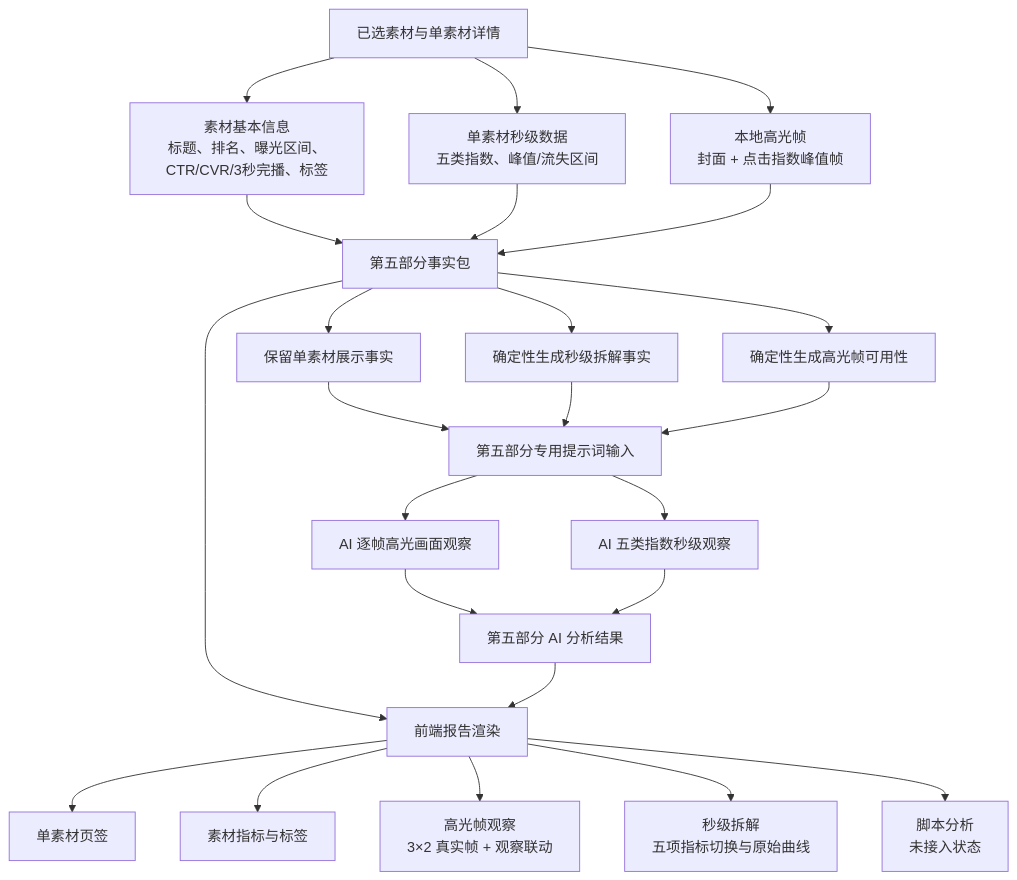
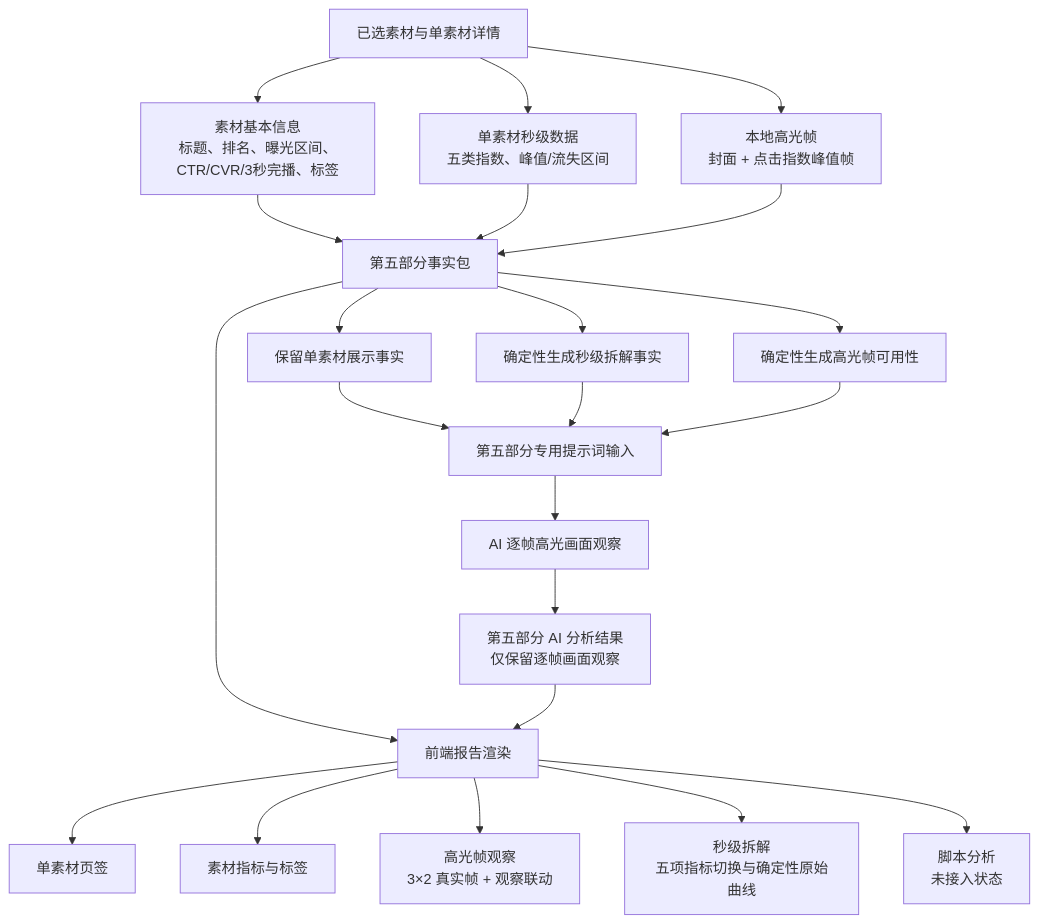
Before and after one commit to Ayakatokyo/yuntu-industry-content-rankings-analysis: the diagram in docs/mermaid/chapter05-material-deep-dive-data-flow.md, drawn with Mermaid. The commit also changed other lines of this file and 9 other files, not shown here.

````diff
--- a/docs/mermaid/chapter05-material-deep-dive-data-flow.md
+++ b/docs/mermaid/chapter05-material-deep-dive-data-flow.md
@@ -5,33 +5,31 @@
 ```mermaid
 flowchart TD
     A[已选素材与单素材详情]
 
     A --> B1[素材基本信息<br/>标题、排名、曝光区间、CTR/CVR/3秒完播、标签]
     A --> B2[单素材秒级数据<br/>五类指数、峰值/流失区间]
     A --> B3[本地高光帧<br/>封面 + 点击指数峰值帧]
 
     B1 --> C[第五部分事实包]
     B2 --> C
     B3 --> C
 
     C --> C1[保留单素材展示事实]
     C --> C2[确定性生成秒级拆解事实]
     C --> C3[确定性生成高光帧可用性]
 
     C1 --> D[第五部分专用提示词输入]
     C2 --> D
     C3 --> D
 
     D --> E1[AI 逐帧高光画面观察]
-    D --> E2[AI 五类指数秒级观察]
-    E1 --> F[第五部分 AI 分析结果]
-    E2 --> F
+    E1 --> F[第五部分 AI 分析结果<br/>仅保留逐帧画面观察]
 
     C --> G[前端报告渲染]
     F --> G
     G --> G1[单素材页签]
     G --> G2[素材指标与标签]
     G --> G3[高光帧观察<br/>3×2 真实帧 + 观察联动]
-    G --> G4[秒级拆解<br/>五项指标切换与原始曲线]
+    G --> G4[秒级拆解<br/>五项指标切换与确定性原始曲线]
     G --> G5[脚本分析<br/>未接入状态]
 ```
````
